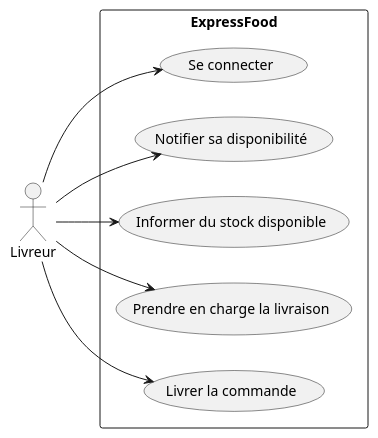
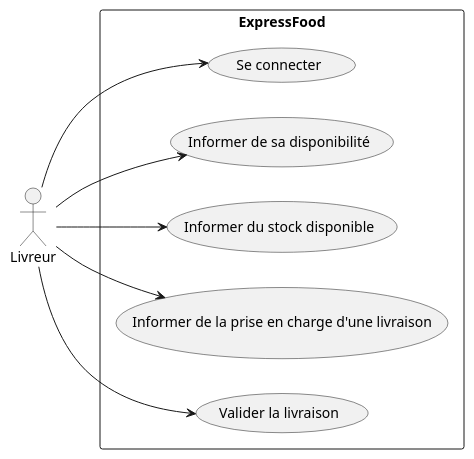
Before and after one commit to laurasullyalexandrine/expressfood: the diagram in UseCase/Livreur.puml, drawn with PlantUML. The commit also changed 3 other files, not shown here.

```diff
--- a/UseCase/Livreur.puml
+++ b/UseCase/Livreur.puml
@@ -2,21 +2,21 @@
 @startuml Livreur
 
 left to right direction
 
 actor "Livreur" as Livreur
 
 rectangle ExpressFood {
   usecase "Se connecter" as UC1
-  usecase "Notifier sa disponibilité" as UC2
+  usecase "Informer de sa disponibilité" as UC2
   usecase "Informer du stock disponible" as UC3
-  usecase "Prendre en charge la livraison" as UC4
-  usecase "Livrer la commande" as UC5
+  usecase "Informer de la prise en charge d'une livraison" as UC4
+  usecase "Valider la livraison" as UC5
 }
 
 Livreur --> UC1
 Livreur --> UC2
 Livreur --> UC3
 Livreur --> UC4
 Livreur --> UC5
 
 @enduml
```
